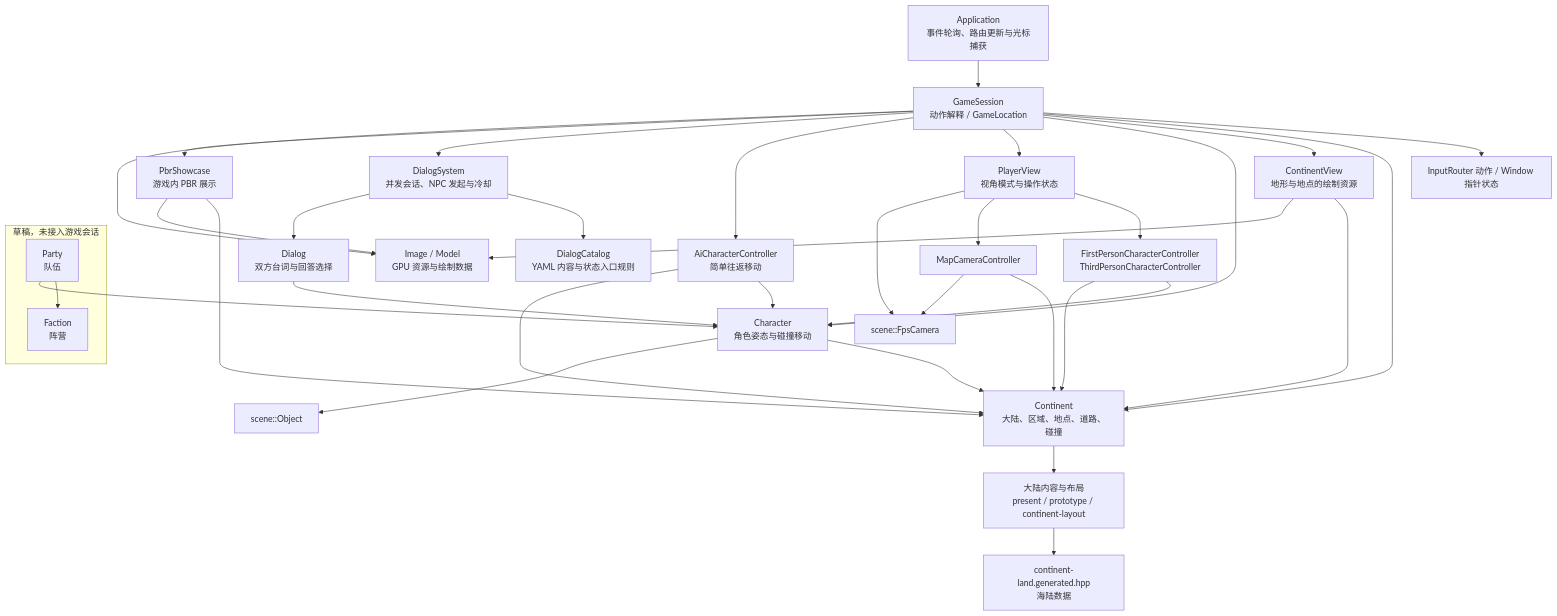
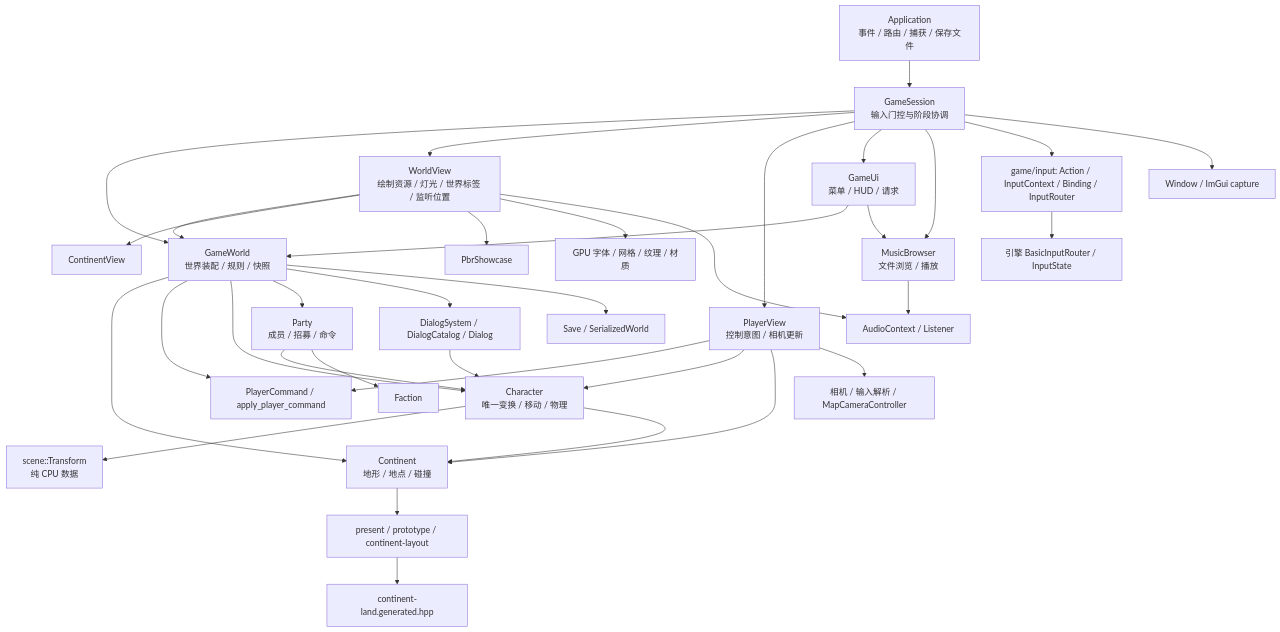
Before and after one commit to Plut084/lc1: the second of 10 diagrams in docs/module-dependencies.md, drawn with Mermaid. The commit also changed other lines of this file and 47 other files, not shown here.

````diff
--- a/docs/module-dependencies.md
+++ b/docs/module-dependencies.md
@@ -67,38 +67,37 @@
 ```mermaid
 flowchart TB
-    app["Application<br/>事件轮询、路由更新与光标捕获"] --> session["GameSession<br/>动作解释 / GameLocation"]
-    session --> input["InputRouter 动作 / Window 指针状态"]
-    session --> continent["Continent<br/>大陆、区域、地点、道路、碰撞"]
-    session --> view["ContinentView<br/>地形与地点的绘制资源"]
-    session --> character["Character<br/>角色姿态与碰撞移动"]
-    session --> player["PlayerView<br/>视角模式与操作状态"]
-    session --> ai["AiCharacterController<br/>简单往返移动"]
-    session --> dialogs["DialogSystem<br/>并发会话、NPC 发起与冷却"]
-    dialogs --> catalog["DialogCatalog<br/>YAML 内容与状态入口规则"]
-    dialogs --> dialog["Dialog<br/>双方台词与回答选择"]
-    dialog --> character
-    session --> showcase["PbrShowcase<br/>游戏内 PBR 展示"]
-    session --> assets["Image / Model<br/>GPU 资源与绘制数据"]
-    player --> movement["FirstPersonCharacterController<br/>ThirdPersonCharacterController"]
-    player --> mapcamera["MapCameraController"]
-    player --> camera["scene::FpsCamera"]
-    movement --> character
-    movement --> continent
-    mapcamera --> continent
-    mapcamera --> camera
-    ai --> character
-    ai --> continent
+    app["Application<br/>事件 / 路由 / 捕获 / 保存文件"] --> session["GameSession<br/>输入门控与阶段协调"]
+    session --> world["GameWorld<br/>世界装配 / 规则 / 快照"]
+    session --> view["WorldView<br/>绘制资源 / 灯光 / 世界标签 / 监听位置"]
+    session --> player["PlayerView<br/>控制意图 / 相机更新"]
+    session --> ui["GameUi<br/>菜单 / HUD / 请求"]
+    session --> music["MusicBrowser<br/>文件浏览 / 播放"]
+    session --> input["game/input: Action / InputContext / Binding / InputRouter"]
+    input --> router["引擎 BasicInputRouter / InputState"]
+    session --> platform_input["Window / ImGui capture"]
+    world --> continent["Continent<br/>地形 / 地点 / 碰撞"]
+    world --> commands["PlayerCommand / apply_player_command"]
+    player --> commands
+    world --> character["Character<br/>唯一变换 / 移动 / 物理"]
+    world --> party["Party<br/>成员 / 招募 / 命令"]
+    party --> character
+    party --> faction["Faction"]
+    world --> dialogs["DialogSystem / DialogCatalog / Dialog"]
+    dialogs --> character
+    world --> save["Save / SerializedWorld"]
+    character --> transform["scene::Transform<br/>纯 CPU 数据"]
     character --> continent
-    character --> object["scene::Object"]
-    view --> continent
-    view --> assets
-    showcase --> continent
-    showcase --> assets
-    continent --> layout["大陆内容与布局<br/>present / prototype / continent-layout"]
-    layout --> land["continent-land.generated.hpp<br/>海陆数据"]
-
-    subgraph drafts["草稿，未接入游戏会话"]
-        party["Party<br/>队伍"] --> faction["Faction<br/>阵营"]
-    end
-    party --> character
+    player --> character
+    player --> continent
+    player --> camera["相机 / 输入解析 / MapCameraController"]
+    view --> world
+    view --> terrain["ContinentView"]
+    view --> showcase["PbrShowcase"]
+    view --> gpu["GPU 字体 / 网格 / 纹理 / 材质"]
+    view --> audio["AudioContext / Listener"]
+    ui --> world
+    ui --> music
+    music --> audio
+    continent --> layout["present / prototype / continent-layout"]
+    layout --> land["continent-land.generated.hpp"]
 ```
````
